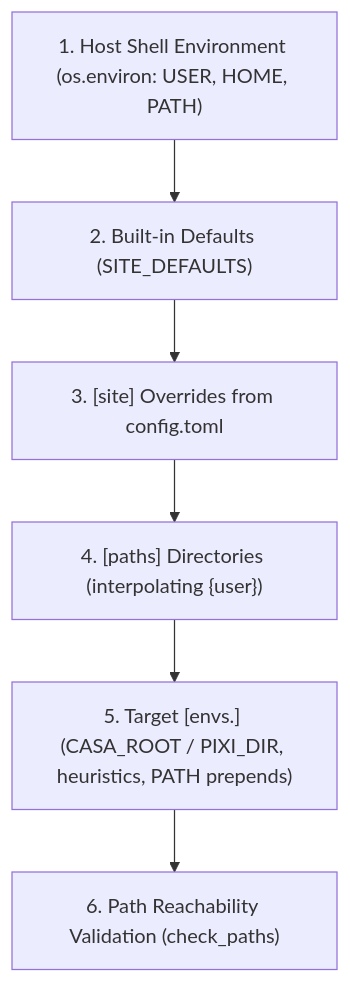
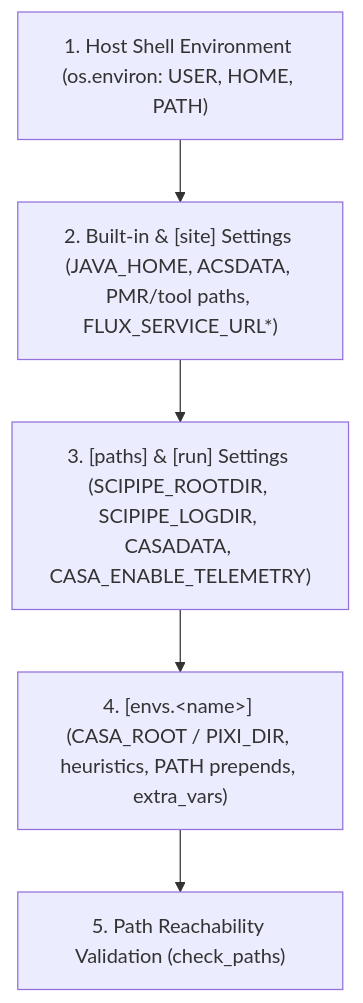
One commit to ra-pipeline/calibpipe changed the third of 5 diagrams in docs/guide.md. Above: the diagram before and after it, drawn with Mermaid. The commit also changed other lines of this file and 29 other files, not shown here.

````diff
--- a/docs/guide.md
+++ b/docs/guide.md
@@ -654,8 +642,7 @@
 ```mermaid
 flowchart TD
-    A["1. Host Shell Environment (os.environ: USER, HOME, PATH)"] --> B["2. Built-in Defaults (SITE_DEFAULTS)"]
-    B --> C["3. [site] Overrides from config.toml"]
-    D --> E["5. Target [envs.<name>] (CASA_ROOT / PIXI_DIR, heuristics, PATH prepends)"]
-    C --> D["4. [paths] Directories (interpolating {user})"]
-    E --> F["6. Path Reachability Validation (check_paths)"]
+    A["1. Host Shell Environment (os.environ: USER, HOME, PATH)"] --> B["2. Built-in &amp; [site] Settings (JAVA_HOME, ACSDATA, PMR/tool paths, FLUX_SERVICE_URL*)"]
+    B --> C["3. [paths] &amp; [run] Settings (SCIPIPE_ROOTDIR, SCIPIPE_LOGDIR, CASADATA, CASA_ENABLE_TELEMETRY)"]
+    C --> D["4. [envs.&lt;name&gt;] (CASA_ROOT / PIXI_DIR, heuristics, PATH prepends, extra_vars)"]
+    D --> E["5. Path Reachability Validation (check_paths)"]
 ```
````
